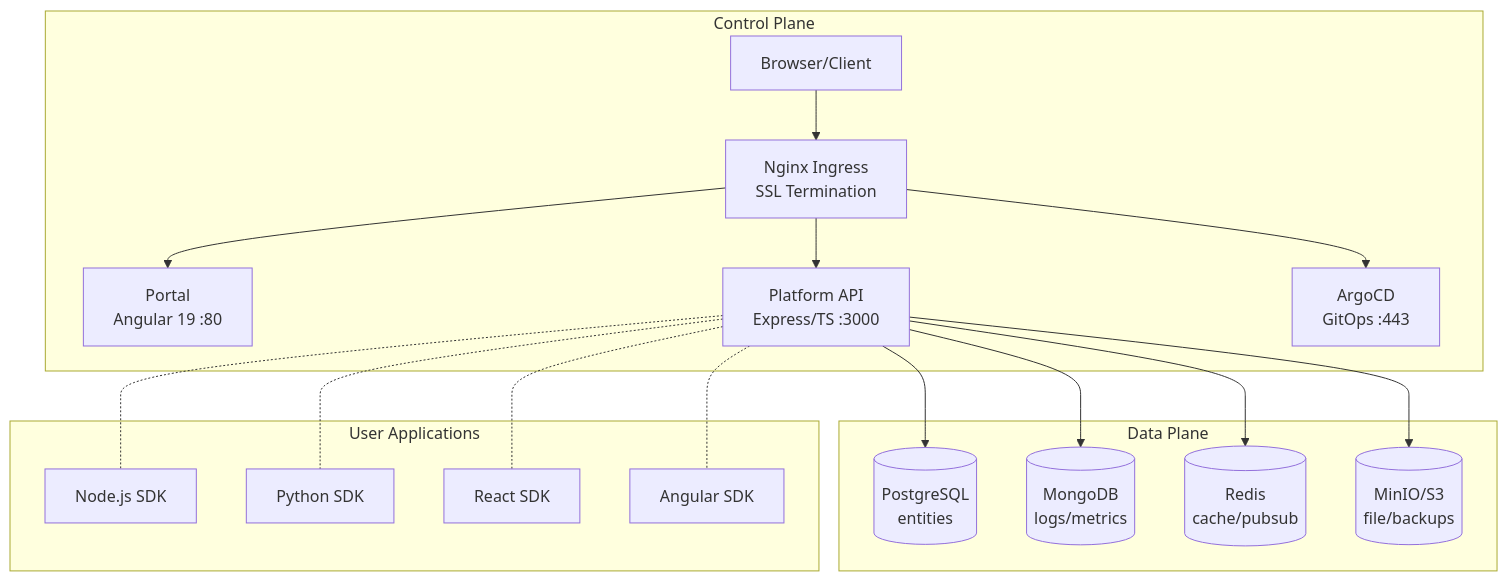
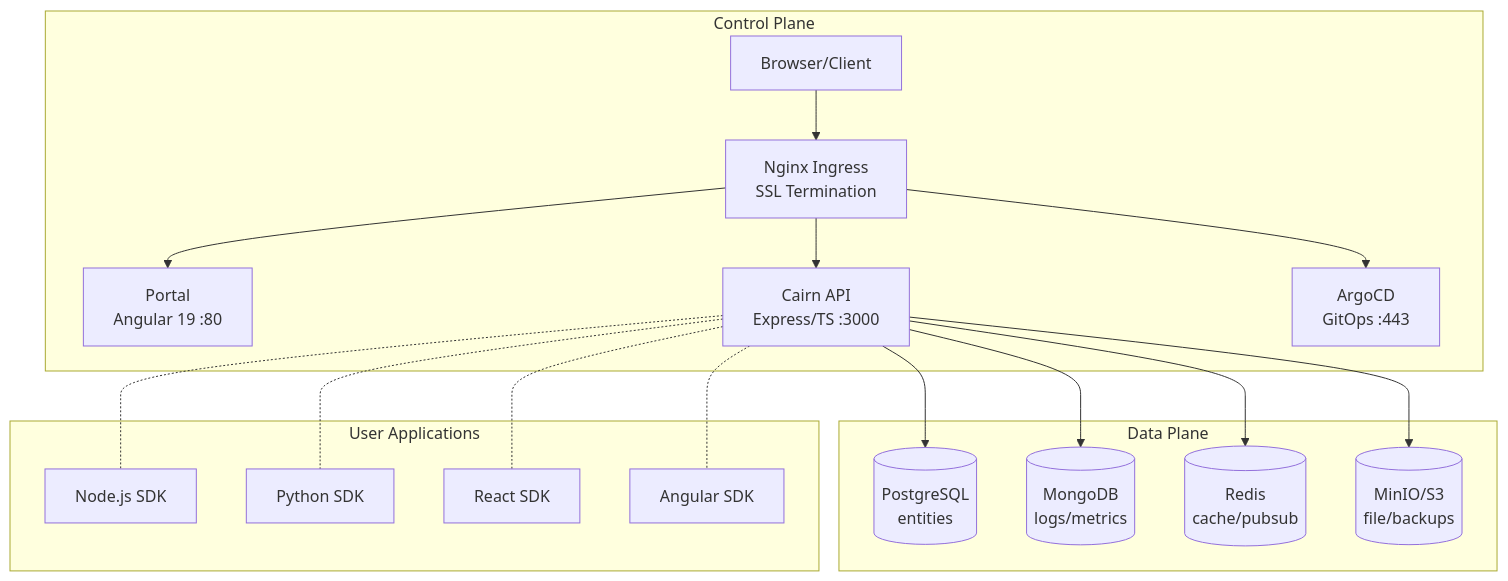
The first of 4 diagrams in docs/architecture/overview.md (Mpratyush54/server-automation), drawn with Mermaid before and after one commit. The commit also changed other lines of this file and 81 other files, not shown here.

````diff
--- a/docs/architecture/overview.md
+++ b/docs/architecture/overview.md
@@ -5,34 +5,34 @@
 ```mermaid
 graph TB
     subgraph ControlPlane["Control Plane"]
         Browser["Browser/Client"]
         Ingress["Nginx Ingress<br/>SSL Termination"]
         Portal["Portal<br/>Angular 19 :80"]
-        API["Platform API<br/>Express/TS :3000"]
+        API["Cairn API<br/>Express/TS :3000"]
         ArgoCD["ArgoCD<br/>GitOps :443"]
     end
     subgraph DataPlane["Data Plane"]
         PG[("PostgreSQL<br/>entities")]
         Mongo[("MongoDB<br/>logs/metrics")]
         Redis[("Redis<br/>cache/pubsub")]
         MinIO[("MinIO/S3<br/>file/backups")]
     end
     subgraph UserApps["User Applications"]
         NodeSDK["Node.js SDK"]
         PySDK["Python SDK"]
         ReactSDK["React SDK"]
         AngularSDK["Angular SDK"]
     end
     Browser --> Ingress
     Ingress --> Portal
     Ingress --> API
     Ingress --> ArgoCD
     API --> PG
     API --> Mongo
     API --> Redis
     API --> MinIO
     API -.- NodeSDK
     API -.- PySDK
     API -.- ReactSDK
     API -.- AngularSDK
 ```
````
